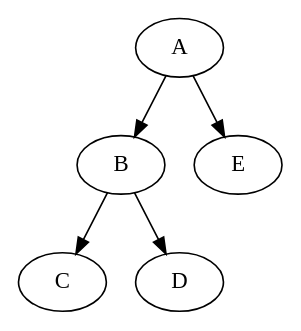
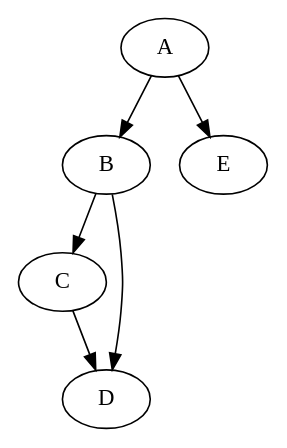
The diagram in teste.dot (Dante-Eleuterio/toposort), drawn with Graphviz before and after one commit. The commit also changed 3 other files, not shown here.

```diff
--- a/teste.dot
+++ b/teste.dot
@@ -1,13 +1,14 @@
 digraph{
 A
 B
 C
 D
 E
 
 
 A->B
 A->E
 B->C
 B->D
+C->D
 }
```
